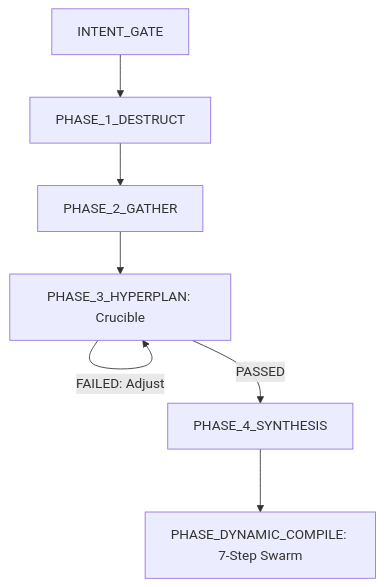
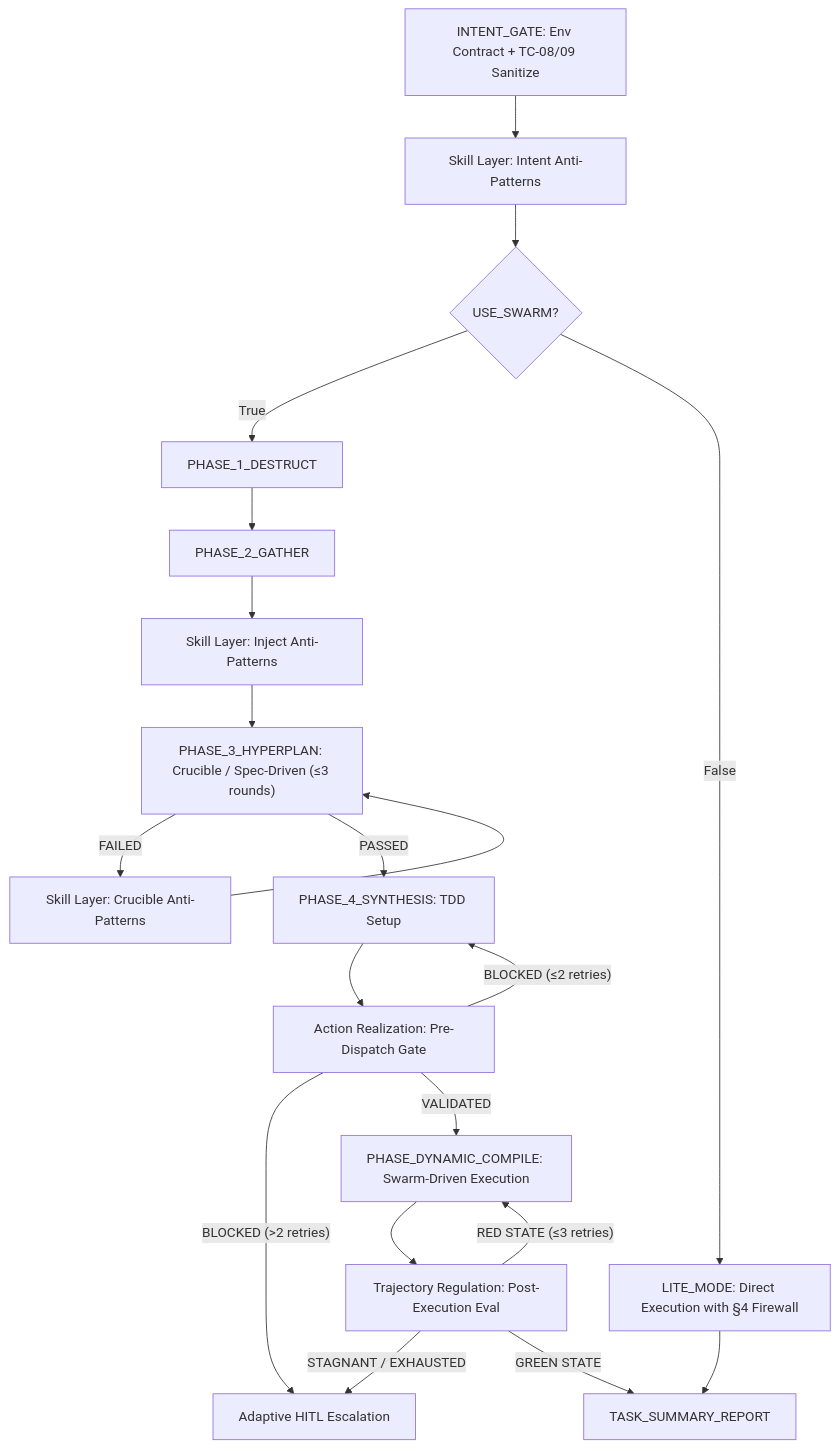
The diagram in template/integrated/ALL_IN_RULE.en.md (dimx9173/swarm-driven-agent), drawn with Mermaid before and after one commit. The commit also changed other lines of this file and 7 other files, not shown here.

````diff
--- a/template/integrated/ALL_IN_RULE.en.md
+++ b/template/integrated/ALL_IN_RULE.en.md
@@ -124,9 +134,22 @@
 ```mermaid
 graph TD
-    A[INTENT_GATE] --> B[PHASE_1_DESTRUCT]
+    A[INTENT_GATE: Env Contract + TC-08/09 Sanitize] --> SKILL_INTENT[Skill Layer: Intent Anti-Patterns]
+    SKILL_INTENT --> SW{USE_SWARM?}
+    SW -- "True" --> B[PHASE_1_DESTRUCT]
+    SW -- "False" --> LITE[LITE_MODE: Direct Execution with §4 Firewall]
+    LITE --> G[TASK_SUMMARY_REPORT]
     B --> C[PHASE_2_GATHER]
-    C --> D[PHASE_3_HYPERPLAN: Crucible]
-    D -- FAILED: Adjust --> D
-    D -- PASSED --> E[PHASE_4_SYNTHESIS]
-    E --> F[PHASE_DYNAMIC_COMPILE: 7-Step Swarm]
+    C --> SKILL[Skill Layer: Inject Anti-Patterns]
+    SKILL --> D["PHASE_3_HYPERPLAN: Crucible / Spec-Driven (≤3 rounds)"]
+    D -- FAILED --> SKILL_CRUCIBLE[Skill Layer: Crucible Anti-Patterns]
+    SKILL_CRUCIBLE --> D
+    D -- PASSED --> E[PHASE_4_SYNTHESIS: TDD Setup]
+    E --> ACT[Action Realization: Pre-Dispatch Gate]
+    ACT -- "BLOCKED (≤2 retries)" --> E
+    ACT -- "BLOCKED (>2 retries)" --> HITL[Adaptive HITL Escalation]
+    ACT -- VALIDATED --> F[PHASE_DYNAMIC_COMPILE: Swarm-Driven Execution]
+    F --> REG[Trajectory Regulation: Post-Execution Eval]
+    REG -- "RED STATE (≤3 retries)" --> F
+    REG -- "STAGNANT / EXHAUSTED" --> HITL
+    REG -- GREEN STATE --> G
 ```
````
